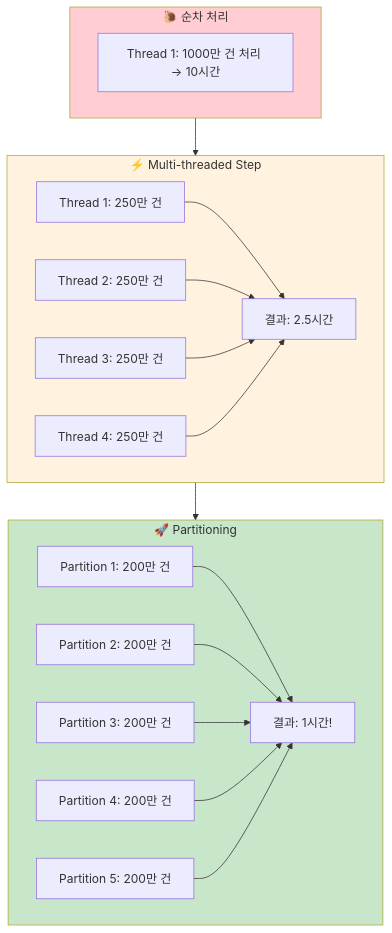
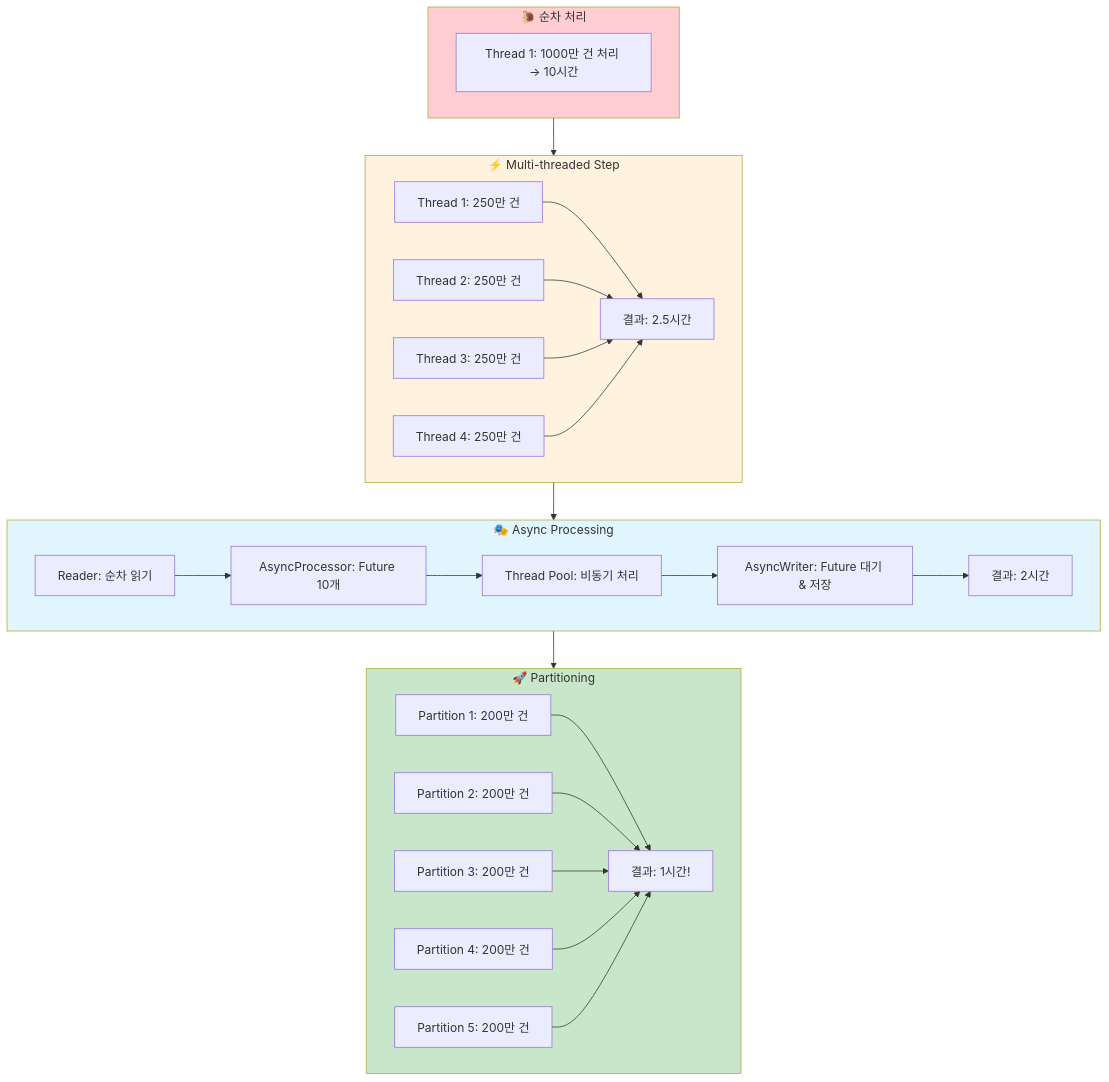
One commit to Jonny-Cho/jonny-cho.github.io changed the first of 5 diagrams in content/spring/2025-07-27-spring-batch-chapter4-parallel-partitioning.md. Above: the diagram before and after it, drawn with Mermaid. The commit also changed other lines of this file, not shown here.

Commit message:
feat: AsyncItemProcessor를 Chapter 4 병렬 처리 문서에 체계적으로 추가
- 첫 번째 성능 비교표에 Async Processing 행 추가 (2시간, 60% CPU)
- 실전 성능 벤치마크 표에 현실적인 성능 데이터 추가 (1,390 TPS)
- 방식별 추천 시나리오에 I/O 집약적 작업 시나리오 추가
- Mermaid 다이어그램에 AsyncProcessing 플로우 추가
- Mermaid에서 <br/> 태그 제거하여 렌더링 오류 해결

이제 문서가 4가지 병렬 처리 방법을 모두 일관성 있게 다룹니다.

````diff
--- a/content/spring/2025-07-27-spring-batch-chapter4-parallel-partitioning.md
+++ b/content/spring/2025-07-27-spring-batch-chapter4-parallel-partitioning.md
@@ -51,29 +51,39 @@
 ```mermaid
 graph TB
     subgraph Sequential["🐌 순차 처리"]
         S1[Thread 1: 1000만 건 처리 → 10시간]
     end
     
     subgraph MultiThread["⚡ Multi-threaded Step"]
         M1[Thread 1: 250만 건]
         M2[Thread 2: 250만 건] 
         M3[Thread 3: 250만 건]
         M4[Thread 4: 250만 건]
         M1 & M2 & M3 & M4 --> MR[결과: 2.5시간]
     end
     
+    subgraph AsyncProcessing["🎭 Async Processing"]
+        A1[Reader: 순차 읽기]
+        A2[AsyncProcessor: Future 10개]
+        A3[Thread Pool: 비동기 처리]
+        A4[AsyncWriter: Future 대기 & 저장]
+        A1 --> A2 --> A3 --> A4
+        A4 --> AR[결과: 2시간]
+    end
+    
     subgraph Partitioning["🚀 Partitioning"]
         P1[Partition 1: 200만 건]
         P2[Partition 2: 200만 건]
         P3[Partition 3: 200만 건]
         P4[Partition 4: 200만 건]
         P5[Partition 5: 200만 건]
         P1 & P2 & P3 & P4 & P5 --> PR[결과: 1시간!]
     end
     
-    Sequential --> MultiThread --> Partitioning
+    Sequential --> MultiThread --> AsyncProcessing --> Partitioning
     
     style Sequential fill:#ffcdd2
     style MultiThread fill:#fff3e0
+    style AsyncProcessing fill:#e1f5fe
     style Partitioning fill:#c8e6c9
 ```
````
